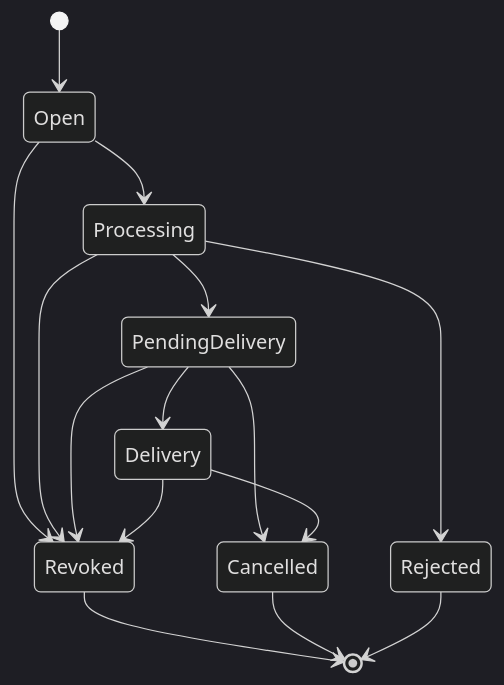
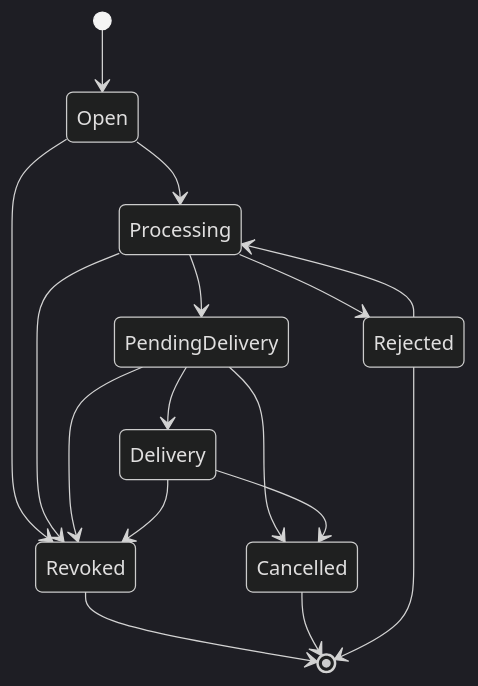
Before and after one commit to Rabot-Product/docs: the diagram in guides/order_states.mdx, drawn with Mermaid (dark theme). The commit also changed other lines of this file, not shown here.

Commit message:
Documentation edits made through Mintlify web editor

````diff
--- a/guides/order_states.mdx
+++ b/guides/order_states.mdx
@@ -6,18 +11,19 @@
-```mermaid
-stateDiagram
-  direction TB
-  [*] --> Open
-  Open --> Processing
-  Open --> Revoked
-  Processing --> Rejected
-  Processing --> Revoked
-  Processing --> PendingDelivery
-  PendingDelivery --> Delivery
-  PendingDelivery --> Revoked
-  PendingDelivery --> Cancelled
-  Delivery --> Cancelled
-  Delivery --> Revoked
-  Revoked --> [*]
-  Cancelled --> [*]
-  Rejected --> [*]
-``` 
+  ```mermaid
+  stateDiagram
+    direction TB
+    [*] --> Open
+    Open --> Processing
+    Open --> Revoked
+    Processing --> Rejected
+    Processing --> Revoked
+    Processing --> PendingDelivery
+    PendingDelivery --> Delivery
+    PendingDelivery --> Revoked
+    PendingDelivery --> Cancelled
+    Delivery --> Cancelled
+    Delivery --> Revoked
+    Rejected --> Processing
+    Revoked --> [*]
+    Cancelled --> [*]
+    Rejected --> [*]
+  ```
````
